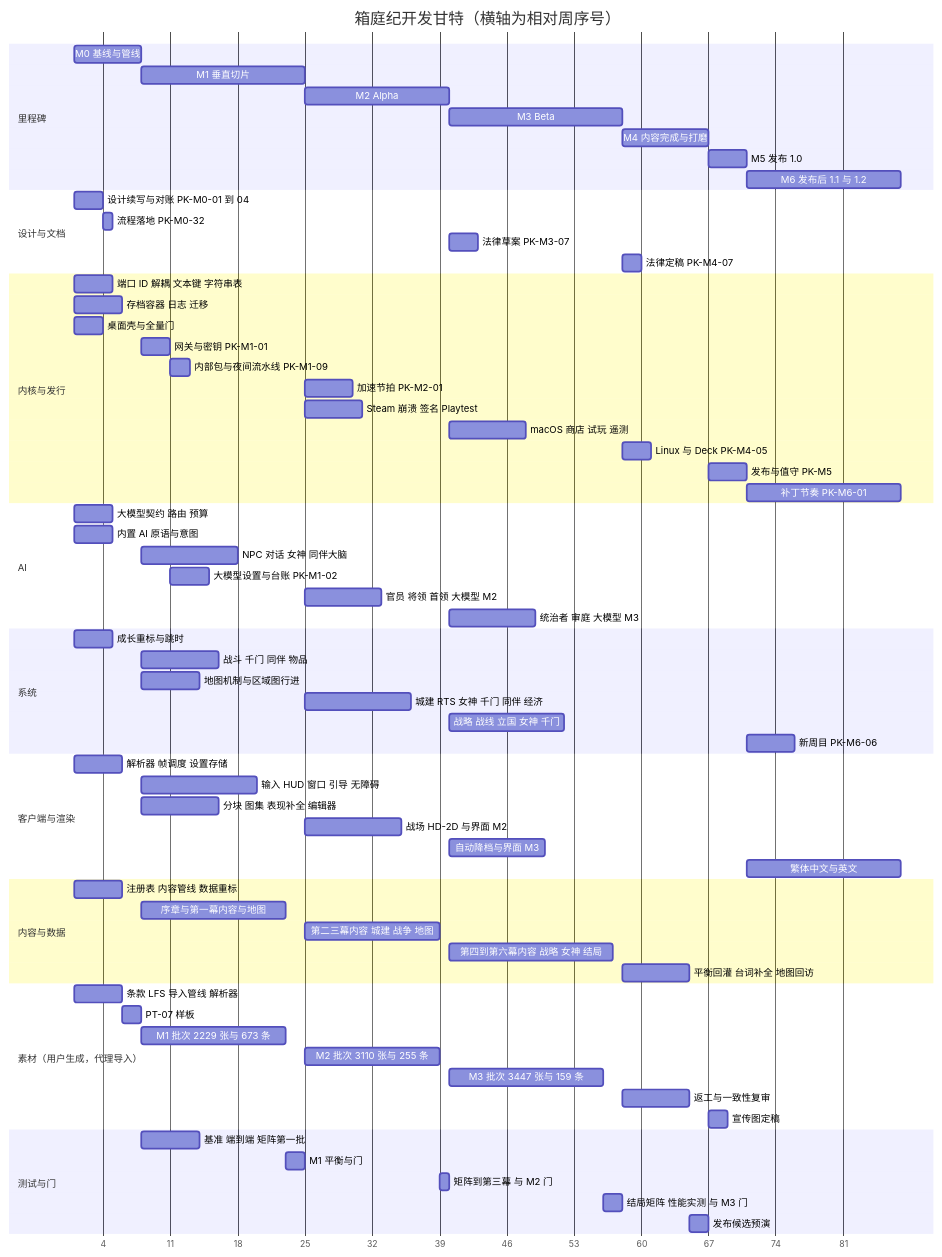
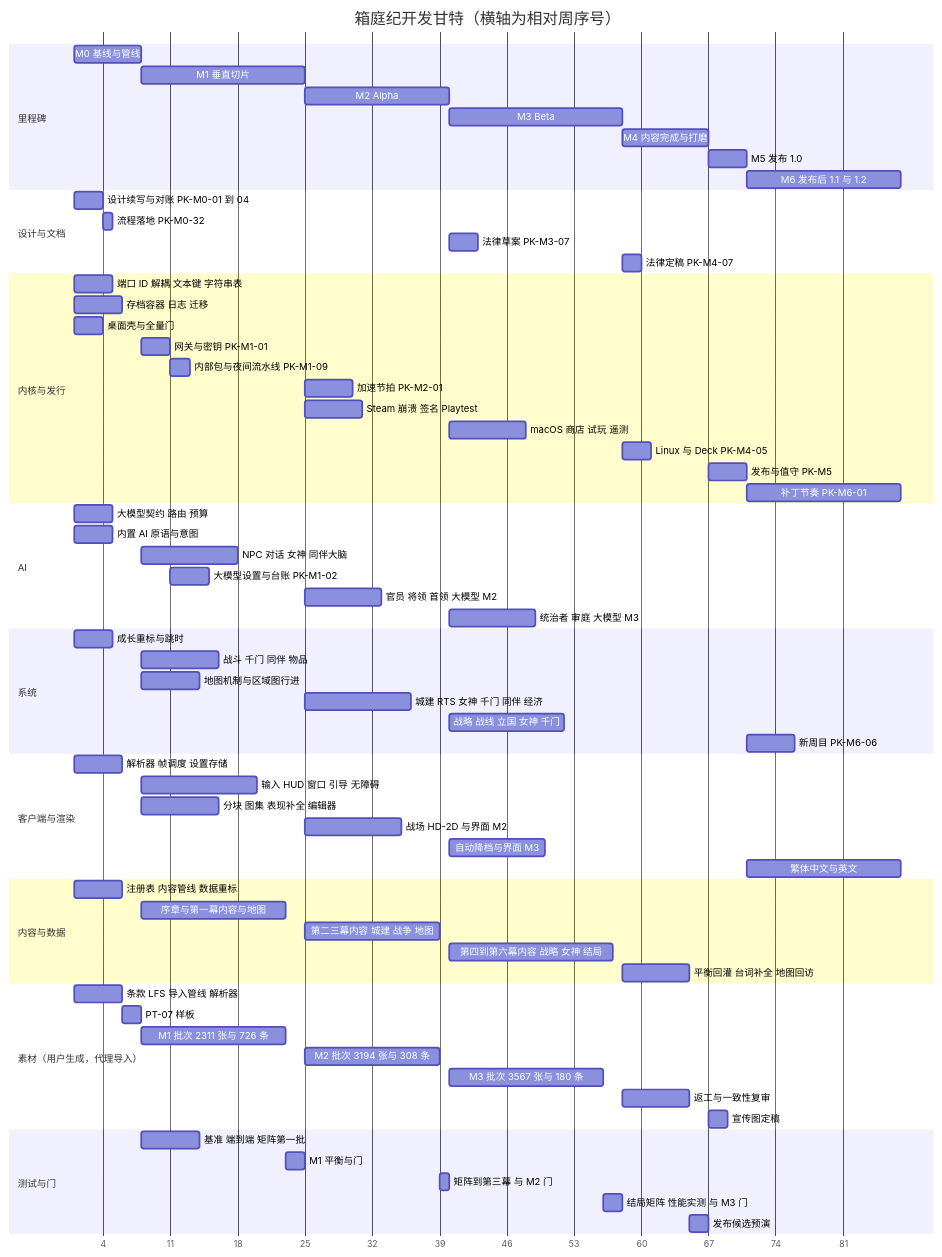
Before and after one commit to angelash/world-of-claudecraft: the diagram in hakoniwa/docs/60_production/development_plan.md, drawn with Mermaid. The commit also changed other lines of this file and 23 other files, not shown here.

````diff
--- a/hakoniwa/docs/60_production/development_plan.md
+++ b/hakoniwa/docs/60_production/development_plan.md
@@ -507,72 +507,72 @@
 ```mermaid
 gantt
   title 箱庭纪开发甘特（横轴为相对周序号）
   dateFormat X
   axisFormat %-j
   section 里程碑
   M0 基线与管线 :m0, 43200, 7d
   M1 垂直切片 :m1, after m0, 17d
   M2 Alpha :m2, after m1, 15d
   M3 Beta :m3, after m2, 18d
   M4 内容完成与打磨 :m4, after m3, 9d
   M5 发布 1.0 :m5, after m4, 4d
   M6 发布后 1.1 与 1.2 :m6, after m5, 16d
   section 设计与文档
   设计续写与对账 PK-M0-01 到 04 :d1, 43200, 3d
   流程落地 PK-M0-32 :d2, after d1, 1d
   法律草案 PK-M3-07 :d3, after m2, 3d
   法律定稿 PK-M4-07 :d4, after m3, 2d
   section 内核与发行
   端口 ID 解耦 文本键 字符串表 :k1, 43200, 4d
   存档容器 日志 迁移 :k2, 648000, 5d
   桌面壳与全量门 :k3, 43200, 3d
   网关与密钥 PK-M1-01 :k4, after m0, 3d
   内部包与夜间流水线 PK-M1-09 :k5, after k4, 2d
   加速节拍 PK-M2-01 :k6, after m1, 5d
   Steam 崩溃 签名 Playtest :k7, after m1, 6d
   macOS 商店 试玩 遥测 :k8, after m2, 8d
   Linux 与 Deck PK-M4-05 :k9, after m3, 3d
   发布与值守 PK-M5 :k10, after m4, 4d
   补丁节奏 PK-M6-01 :k11, after m5, 16d
   section AI
   大模型契约 路由 预算 :a1, 43200, 4d
   内置 AI 原语与意图 :a2, 1252800, 4d
   NPC 对话 女神 同伴大脑 :a3, after m0, 10d
   大模型设置与台账 PK-M1-02 :a4, after k4, 4d
   官员 将领 首领 大模型 M2 :a5, after m1, 8d
   统治者 审庭 大模型 M3 :a6, after m2, 9d
   section 系统
   成长重标与跳时 :s1, 1857600, 4d
   战斗 千门 同伴 物品 :s2, after m0, 8d
   地图机制与区域图行进 :s3, after m0, 6d
   城建 RTS 女神 千门 同伴 经济 :s4, after m1, 11d
   战略 战线 立国 女神 千门 :s5, after m2, 12d
   新周目 PK-M6-06 :s6, after m5, 5d
   section 客户端与渲染
   解析器 帧调度 设置存储 :c1, 648000, 5d
   输入 HUD 窗口 引导 无障碍 :c2, after m0, 12d
   分块 图集 表现补全 编辑器 :c3, after m0, 8d
   战场 HD-2D 与界面 M2 :c4, after m1, 10d
   自动降档与界面 M3 :c5, after m2, 10d
   繁体中文与英文 :c6, after m5, 16d
   section 内容与数据
   注册表 内容管线 数据重标 :t1, 43200, 5d
   序章与第一幕内容与地图 :t2, after m0, 15d
   第二三幕内容 城建 战争 地图 :t3, after m1, 14d
   第四到第六幕内容 战略 女神 结局 :t4, after m2, 17d
   平衡回灌 台词补全 地图回访 :t5, after m3, 7d
   section 素材（用户生成，代理导入）
   条款 LFS 导入管线 解析器 :r1, 43200, 5d
   PT-07 样板 :r2, after r1, 2d
-  M1 批次 2229 张与 673 条 :r3, after m0, 15d
-  M2 批次 3110 张与 255 条 :r4, after m1, 14d
-  M3 批次 3447 张与 159 条 :r5, after m2, 16d
+  M1 批次 2311 张与 726 条 :r3, after m0, 15d
+  M2 批次 3194 张与 308 条 :r4, after m1, 14d
+  M3 批次 3567 张与 180 条 :r5, after m2, 16d
   返工与一致性复审 :r6, after m3, 7d
   宣传图定稿 :r7, after m4, 2d
   section 测试与门
   基准 端到端 矩阵第一批 :q1, after m0, 6d
   M1 平衡与门 :q2, after r3, 2d
   矩阵到第三幕 与 M2 门 :q3, after r4, 1d
   结局矩阵 性能实测 与 M3 门 :q4, after r5, 2d
   发布候选预演 :q5, after t5, 2d
 ```
````
